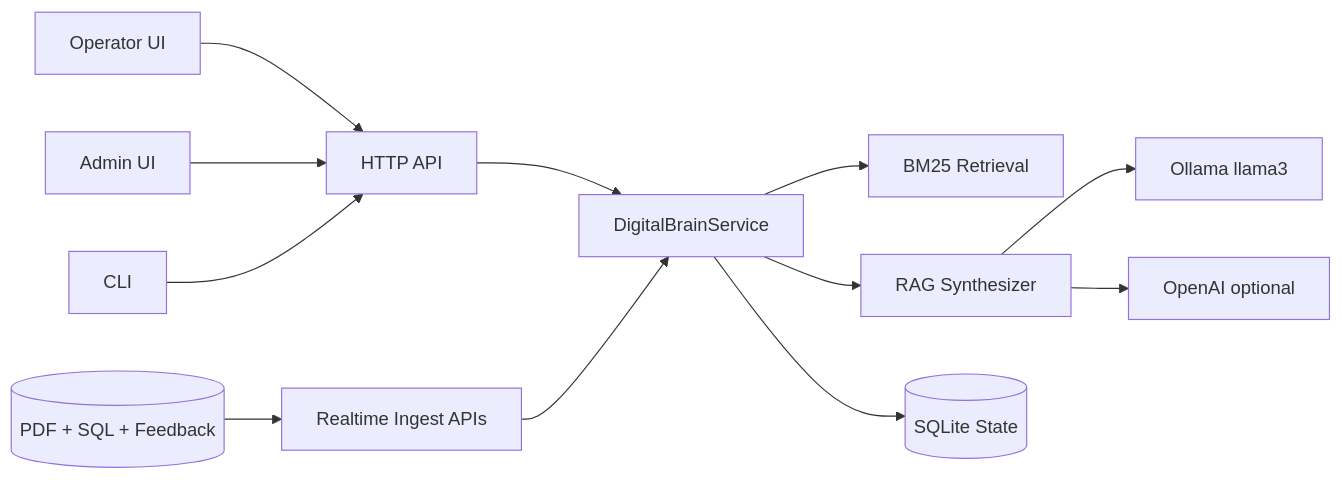
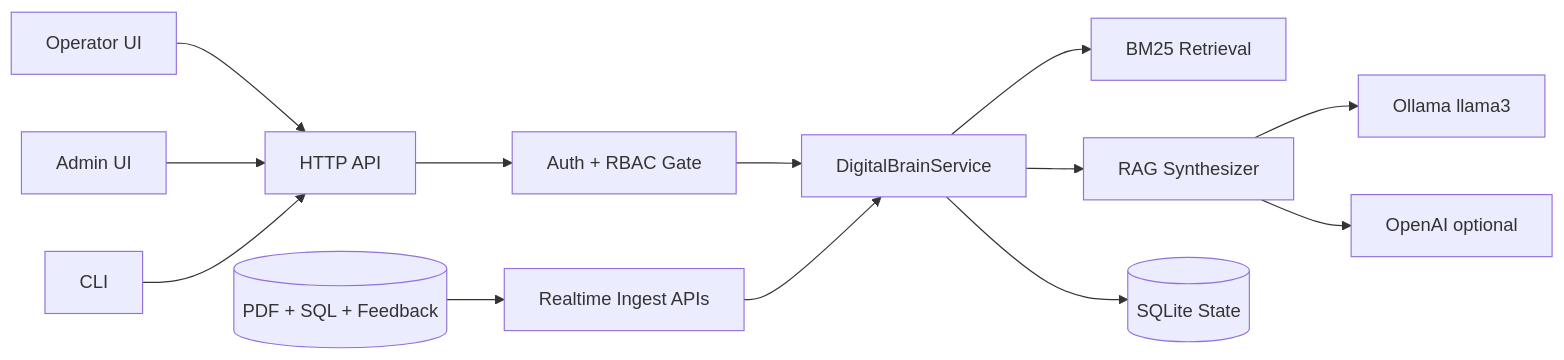
One commit to tanishy7777/iitb_rag changed the diagram in docs/SYSTEM_IMPLEMENTATION_EXECUTIVE.md. Above: the diagram before and after it, drawn with Mermaid. The commit also changed other lines of this file and 20 other files, not shown here.

First line of the commit message:
feat: add RBAC auth, admin user management, and hybrid   LLM-assisted troubleshooting flow

````diff
--- a/docs/SYSTEM_IMPLEMENTATION_EXECUTIVE.md
+++ b/docs/SYSTEM_IMPLEMENTATION_EXECUTIVE.md
@@ -40,17 +46,18 @@
 ```mermaid
 flowchart LR
   U[Operator UI] --> API[HTTP API]
   A[Admin UI] --> API
   C[CLI] --> API
 
-  API --> S[DigitalBrainService]
+  API --> AUTH[Auth + RBAC Gate]
+  AUTH --> S[DigitalBrainService]
   S --> R[BM25 Retrieval]
   S --> G[RAG Synthesizer]
   S --> D[(SQLite State)]
 
   G --> O[Ollama llama3]
   G --> H[OpenAI optional]
 
   I[Realtime Ingest APIs] --> S
   M[(PDF + SQL + Feedback)] --> I
 ```
````
